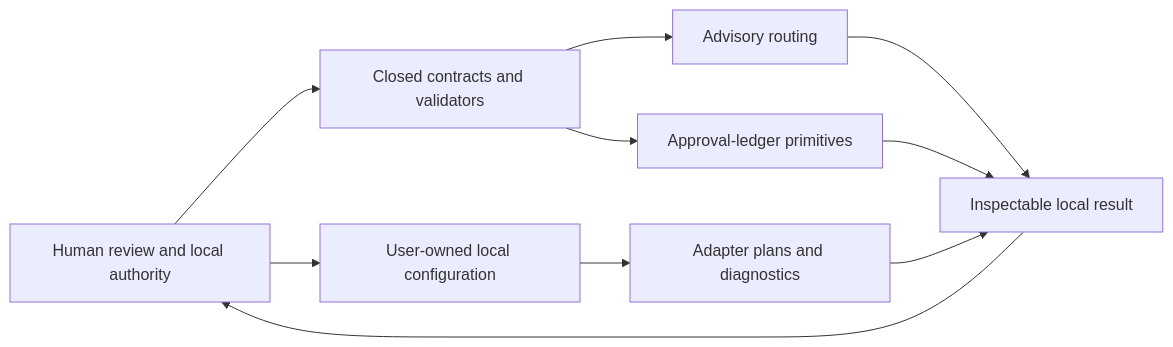
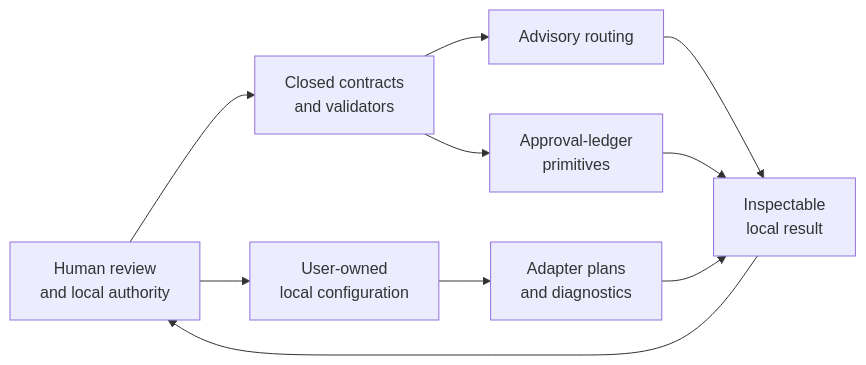
The diagram in README.md (UMEBOSHIISAN/mothership), drawn with Mermaid before and after one commit. The commit also changed other lines of this file and 3 other files, not shown here.

````diff
--- a/README.md
+++ b/README.md
@@ -115,20 +168,20 @@
 ```mermaid
 flowchart LR
-    human[Human review and local authority]
-    config[User-owned local configuration]
-    contracts[Closed contracts and validators]
-    route[Advisory routing]
-    ledger[Approval-ledger primitives]
-    adapters[Adapter plans and diagnostics]
-    result[Inspectable local result]
+    human["Human review<br/>and local authority"]
+    config["User-owned<br/>local configuration"]
+    contracts["Closed contracts<br/>and validators"]
+    route["Advisory routing"]
+    ledger["Approval-ledger<br/>primitives"]
+    adapters["Adapter plans<br/>and diagnostics"]
+    result["Inspectable<br/>local result"]
 
     human --> config
     config --> adapters
     human --> contracts
     contracts --> route
     contracts --> ledger
     route --> result
     ledger --> result
     adapters --> result
     result --> human
 ```
````
